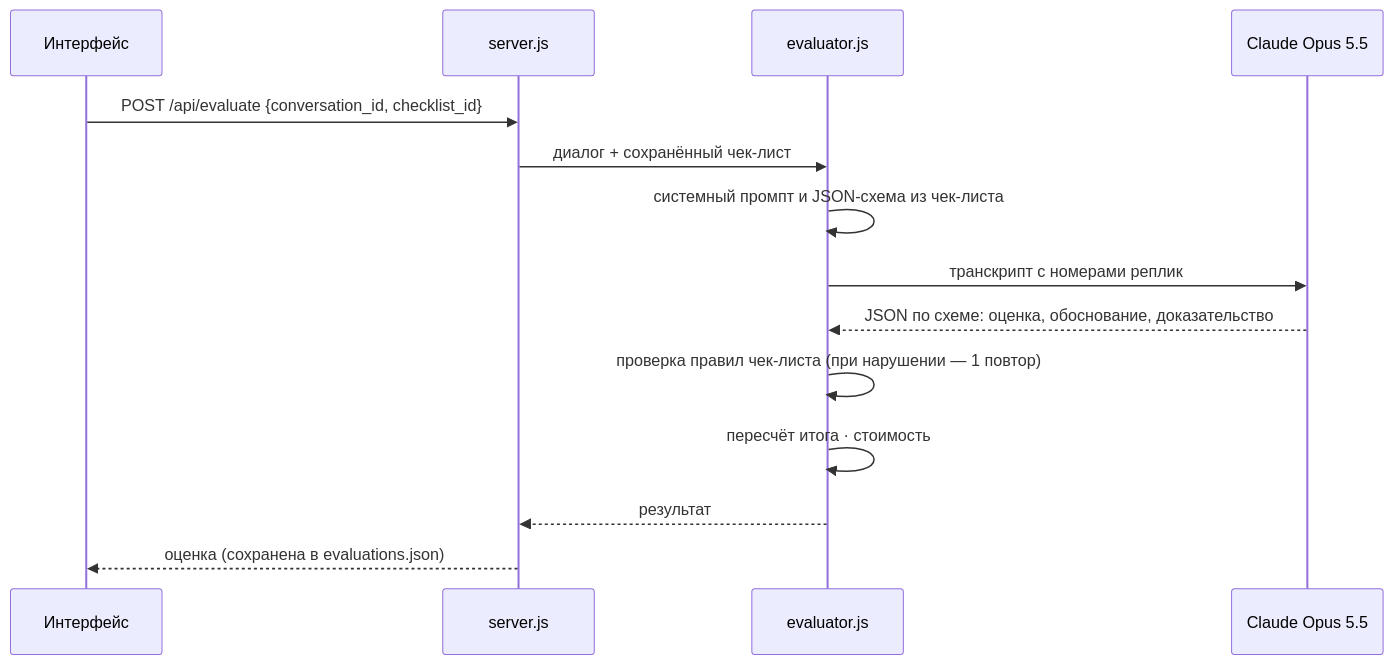
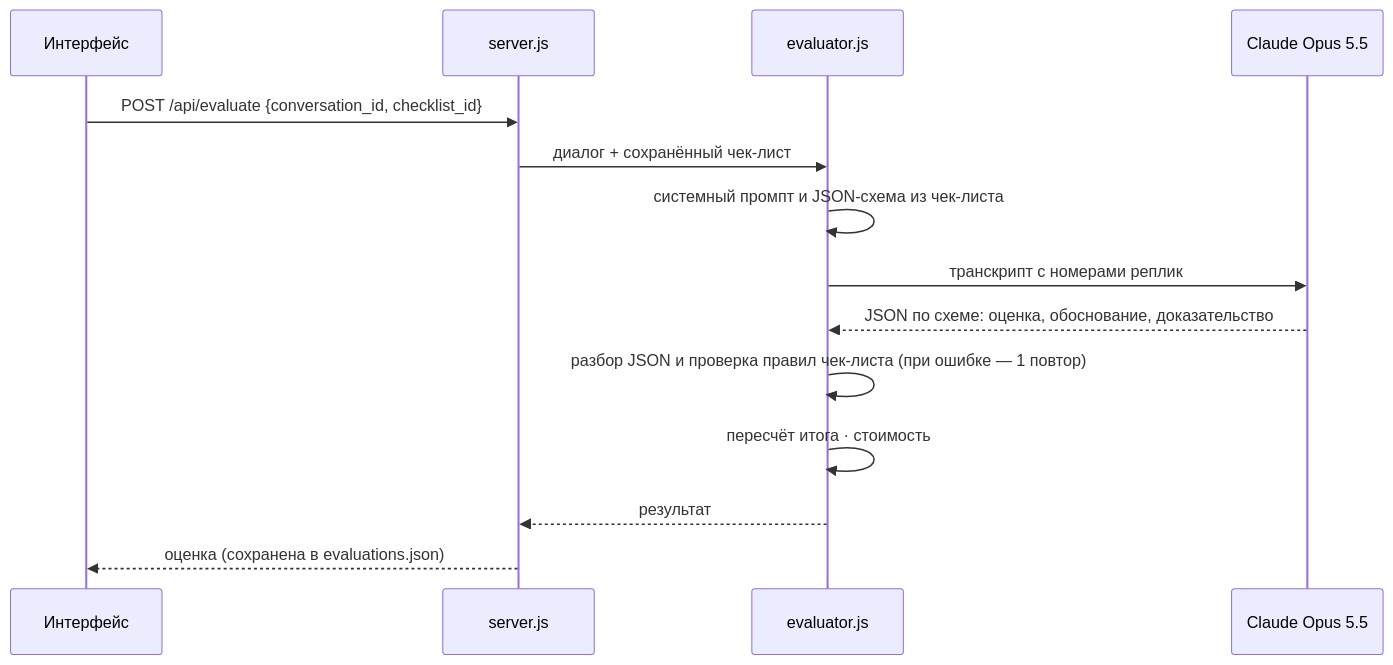
The second of 2 diagrams in README.md (MedgatAuken/DataChallengeFreedom), drawn with Mermaid before and after one commit. The commit also changed other lines of this file and 5 other files, not shown here.

````diff
--- a/README.md
+++ b/README.md
@@ -247,17 +259,17 @@
 ```mermaid
 sequenceDiagram
     participant UI as Интерфейс
     participant S as server.js
     participant E as evaluator.js
     participant C as Claude Opus 5.5
 
     UI->>S: POST /api/evaluate {conversation_id, checklist_id}
     S->>E: диалог + сохранённый чек-лист
     E->>E: системный промпт и JSON-схема из чек-листа
     E->>C: транскрипт с номерами реплик
     C-->>E: JSON по схеме: оценка, обоснование, доказательство
-    E->>E: проверка правил чек-листа (при нарушении — 1 повтор)
+    E->>E: разбор JSON и проверка правил чек-листа (при ошибке — 1 повтор)
     E->>E: пересчёт итога · стоимость
     E-->>S: результат
     S-->>UI: оценка (сохранена в evaluations.json)
 ```
````
